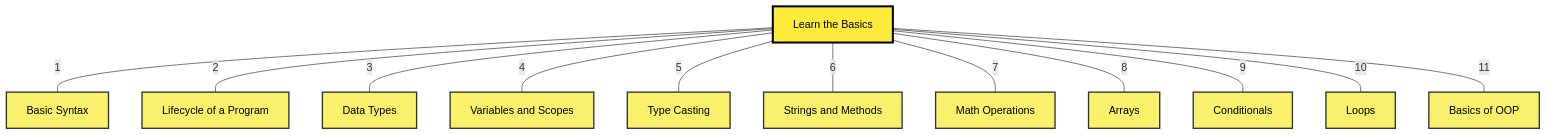
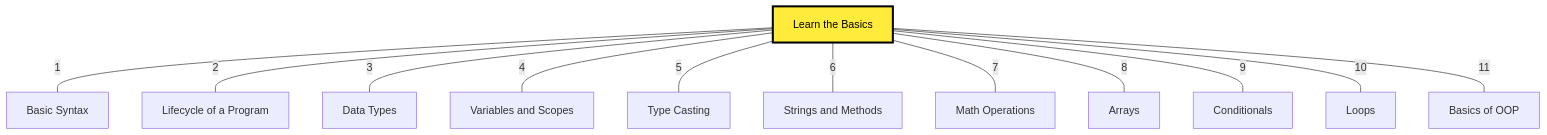
The diagram in docs/10-Java-Roadmap.md (DileepKumar108/Corporate-Banking-App), drawn with Mermaid before and after one commit. The commit also changed 2 other files, not shown here.

Commit message:
Docs: Remove clickable links from Mermaid diagrams to fix GitHub 404 rendering errors

````diff
--- a/docs/10-Java-Roadmap.md
+++ b/docs/10-Java-Roadmap.md
@@ -9,57 +9,23 @@
 ```mermaid
 graph TD
-    classDef clickable fill:#f9f06b,stroke:#333,stroke-width:2px,color:#000,cursor:pointer;
     classDef center fill:#ffeb3b,stroke:#000,stroke-width:3px,color:#000;
 
     Center[Learn the Basics]
     class Center center
 
     %% Left Side Branches
     Center ---|1| Syntax[Basic Syntax]
     Center ---|2| Life[Lifecycle of a Program]
     Center ---|3| Types[Data Types]
     Center ---|4| Vars[Variables and Scopes]
     Center ---|5| Cast[Type Casting]
 
     %% Right Side Branches
     Center ---|6| Str[Strings and Methods]
     Center ---|7| Math[Math Operations]
     Center ---|8| Arr[Arrays]
     Center ---|9| Cond[Conditionals]
     Center ---|10| Loop[Loops]
     Center ---|11| OOP[Basics of OOP]
 
-    %% Make them all clickable!
-    class Syntax clickable
-    click Syntax "./java-roadmap/01-Learn-The-Basics/01-Basic-Syntax.md" "Learn Basic Syntax"
-
-    class Life clickable
-    click Life "./java-roadmap/01-Learn-The-Basics/02-Lifecycle.md" "Learn Lifecycle"
-
-    class Types clickable
-    click Types "./java-roadmap/01-Learn-The-Basics/03-Data-Types.md" "Learn Data Types"
-
-    class Vars clickable
-    click Vars "./java-roadmap/01-Learn-The-Basics/04-Variables-and-Scopes.md" "Learn Variables"
-
-    class Cast clickable
-    click Cast "./java-roadmap/01-Learn-The-Basics/05-Type-Casting.md" "Learn Type Casting"
-
-    class Str clickable
-    click Str "./java-roadmap/01-Learn-The-Basics/06-Strings-and-Methods.md" "Learn Strings"
-
-    class Math clickable
-    click Math "./java-roadmap/01-Learn-The-Basics/07-Math-Operations.md" "Learn Math"
-
-    class Arr clickable
-    click Arr "./java-roadmap/01-Learn-The-Basics/08-Arrays.md" "Learn Arrays"
-
-    class Cond clickable
-    click Cond "./java-roadmap/01-Learn-The-Basics/09-Conditionals.md" "Learn Conditionals"
-
-    class Loop clickable
-    click Loop "./java-roadmap/01-Learn-The-Basics/10-Loops.md" "Learn Loops"
-
-    class OOP clickable
-    click OOP "./java-roadmap/01-Learn-The-Basics/11-Basics-of-OOP.md" "Learn OOP"
 ```
````
